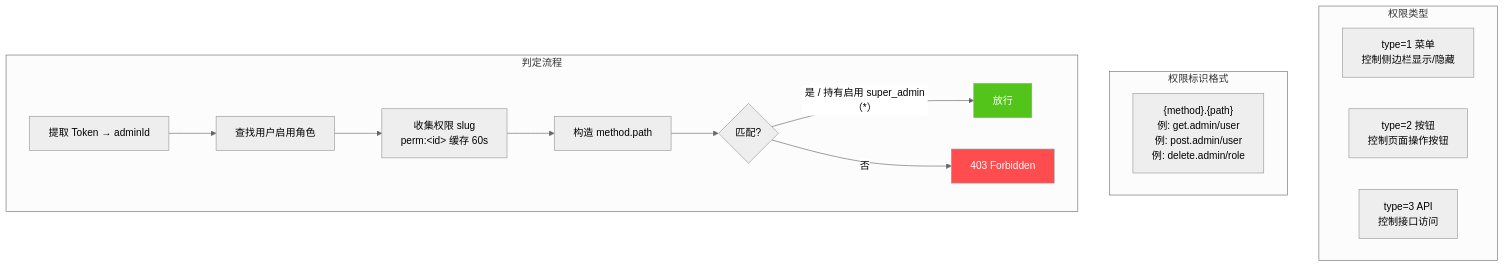
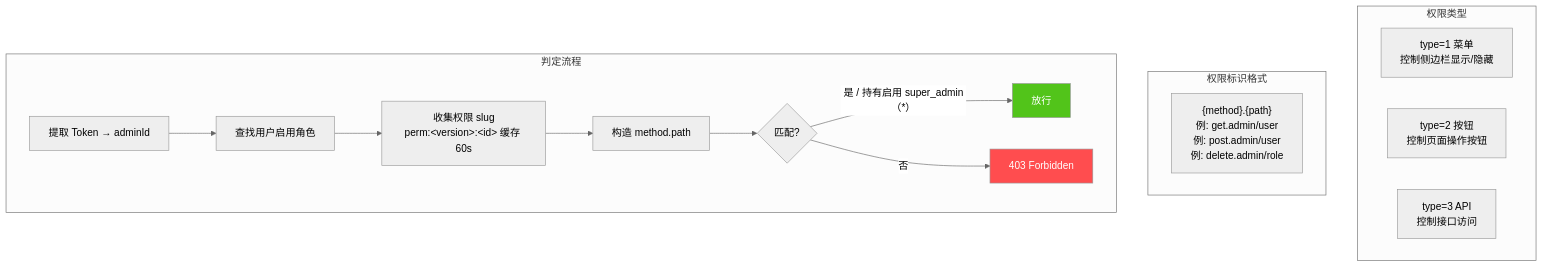
Before and after one commit to erikwang2013/open-admin: the sixth of 15 diagrams in docs/ARCHITECTURE.md, drawn with Mermaid (neutral theme). The commit also changed other lines of this file and 55 other files, not shown here.

````diff
--- a/docs/ARCHITECTURE.md
+++ b/docs/ARCHITECTURE.md
@@ -322,32 +331,32 @@
 ```mermaid
 flowchart TD
     subgraph "权限类型"
         T1["type=1 菜单<br/>控制侧边栏显示/隐藏"]
         T2["type=2 按钮<br/>控制页面操作按钮"]
         T3["type=3 API<br/>控制接口访问"]
     end
 
     subgraph "权限标识格式"
         F1["{method}.{path}<br/>例: get.admin/user<br/>例: post.admin/user<br/>例: delete.admin/role"]
     end
 
     subgraph "判定流程"
         J1["提取 Token → adminId"]
         J2["查找用户启用角色"]
-        J3["收集权限 slug<br/>perm:&lt;id&gt; 缓存 60s"]
+        J3["收集权限 slug<br/>perm:&lt;version&gt;:&lt;id&gt; 缓存 60s"]
         J4["构造 method.path"]
         J5{"匹配?"}
         J6["放行"]
         J7["403 Forbidden"]
 
         J1 --> J2
         J2 --> J3
         J3 --> J4
         J4 --> J5
         J5 -->|"是 / 持有启用 super_admin（*）"| J6
         J5 -->|否| J7
     end
 
     style J6 fill:#52C41A,color:#fff
     style J7 fill:#FF4D4F,color:#fff
 ```
````
